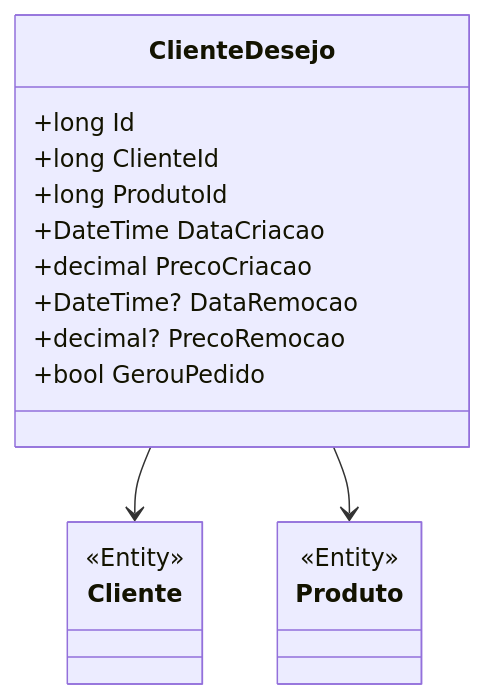
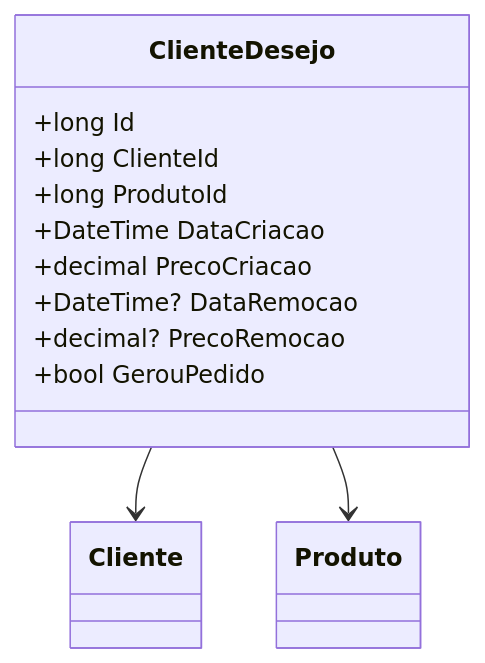
Before and after one commit to IsthmusSistemas/documentacao-tecnica: the diagram in docs/b2b-dominio/IsthmusWinthor.Nucleo/IsthmusWinthor.Dominio/Entidades/ClienteDesejo.md, drawn with Mermaid. The commit also changed other lines of this file and 882 other files, not shown here.

````diff
--- a/docs/b2b-dominio/IsthmusWinthor.Nucleo/IsthmusWinthor.Dominio/Entidades/ClienteDesejo.md
+++ b/docs/b2b-dominio/IsthmusWinthor.Nucleo/IsthmusWinthor.Dominio/Entidades/ClienteDesejo.md
@@ -23,24 +23,16 @@
 ```mermaid
 classDiagram
     class ClienteDesejo {
         +long Id
         +long ClienteId
         +long ProdutoId
         +DateTime DataCriacao
         +decimal PrecoCriacao
         +DateTime? DataRemocao
         +decimal? PrecoRemocao
         +bool GerouPedido
     }
-    
-    class Cliente {
-        <<Entity>>
-    }
-
-    class Produto {
-        <<Entity>>
-    }
 
     ClienteDesejo --> Cliente
     ClienteDesejo --> Produto
 ```
````
